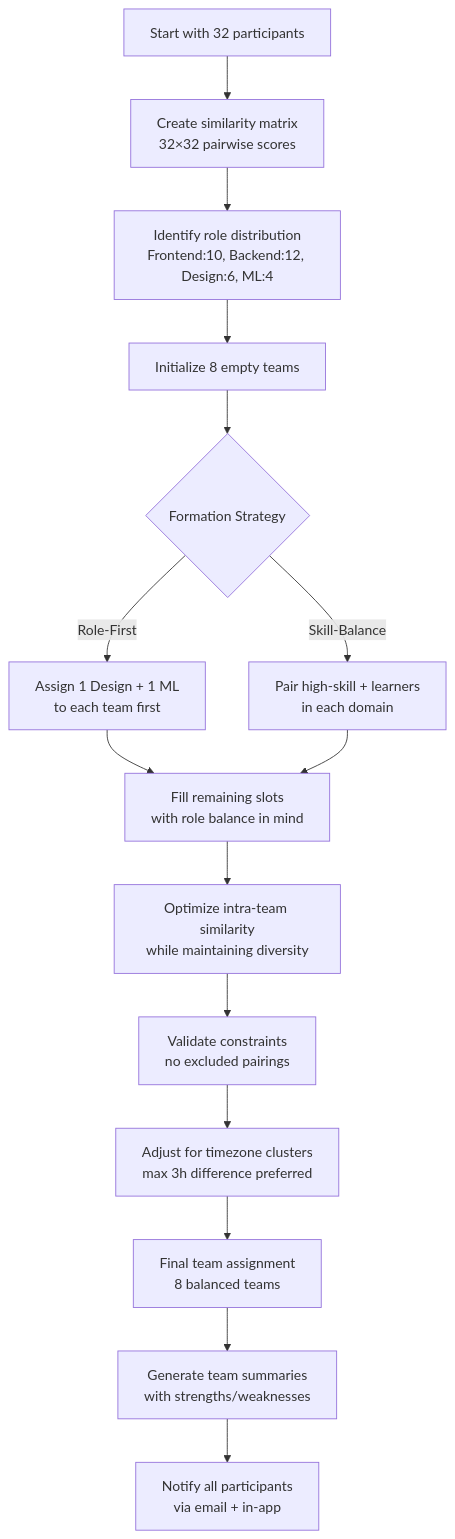
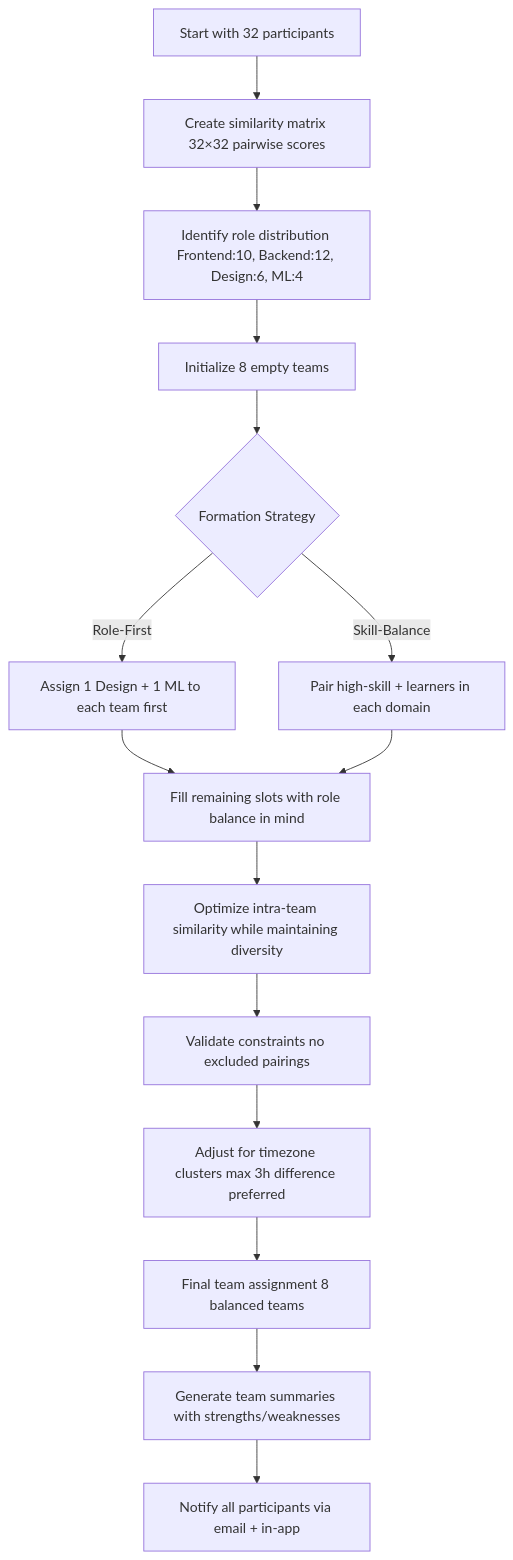
Before and after one commit to satvik-sharma-05/SE: the fifth of 8 diagrams in README.md, drawn with Mermaid. The commit also changed other lines of this file, not shown here.

````diff
--- a/README.md
+++ b/README.md
@@ -298,20 +303,20 @@
 ```mermaid
 flowchart TD
-    A[Start with 32 participants] --> B[Create similarity matrix<br/>32×32 pairwise scores]
-    B --> C[Identify role distribution<br/>Frontend:10, Backend:12, Design:6, ML:4]
+    A[Start with 32 participants] --> B[Create similarity matrix 32×32 pairwise scores]
+    B --> C[Identify role distribution Frontend:10, Backend:12, Design:6, ML:4]
     C --> D[Initialize 8 empty teams]
     
     D --> E{Formation Strategy}
-    E -->|Role-First| F[Assign 1 Design + 1 ML<br/>to each team first]
-    E -->|Skill-Balance| G[Pair high-skill + learners<br/>in each domain]
+    E -->|Role-First| F[Assign 1 Design + 1 ML to each team first]
+    E -->|Skill-Balance| G[Pair high-skill + learners in each domain]
     
-    F --> H[Fill remaining slots<br/>with role balance in mind]
+    F --> H[Fill remaining slots with role balance in mind]
     G --> H
     
-    H --> I[Optimize intra-team similarity<br/>while maintaining diversity]
-    I --> J[Validate constraints<br/>no excluded pairings]
-    J --> K[Adjust for timezone clusters<br/>max 3h difference preferred]
-    K --> L[Final team assignment<br/>8 balanced teams]
-    L --> M[Generate team summaries<br/>with strengths/weaknesses]
-    M --> N[Notify all participants<br/>via email + in-app]
+    H --> I[Optimize intra-team similarity while maintaining diversity]
+    I --> J[Validate constraints no excluded pairings]
+    J --> K[Adjust for timezone clusters max 3h difference preferred]
+    K --> L[Final team assignment 8 balanced teams]
+    L --> M[Generate team summaries with strengths/weaknesses]
+    M --> N[Notify all participants via email + in-app]
 ```
````
